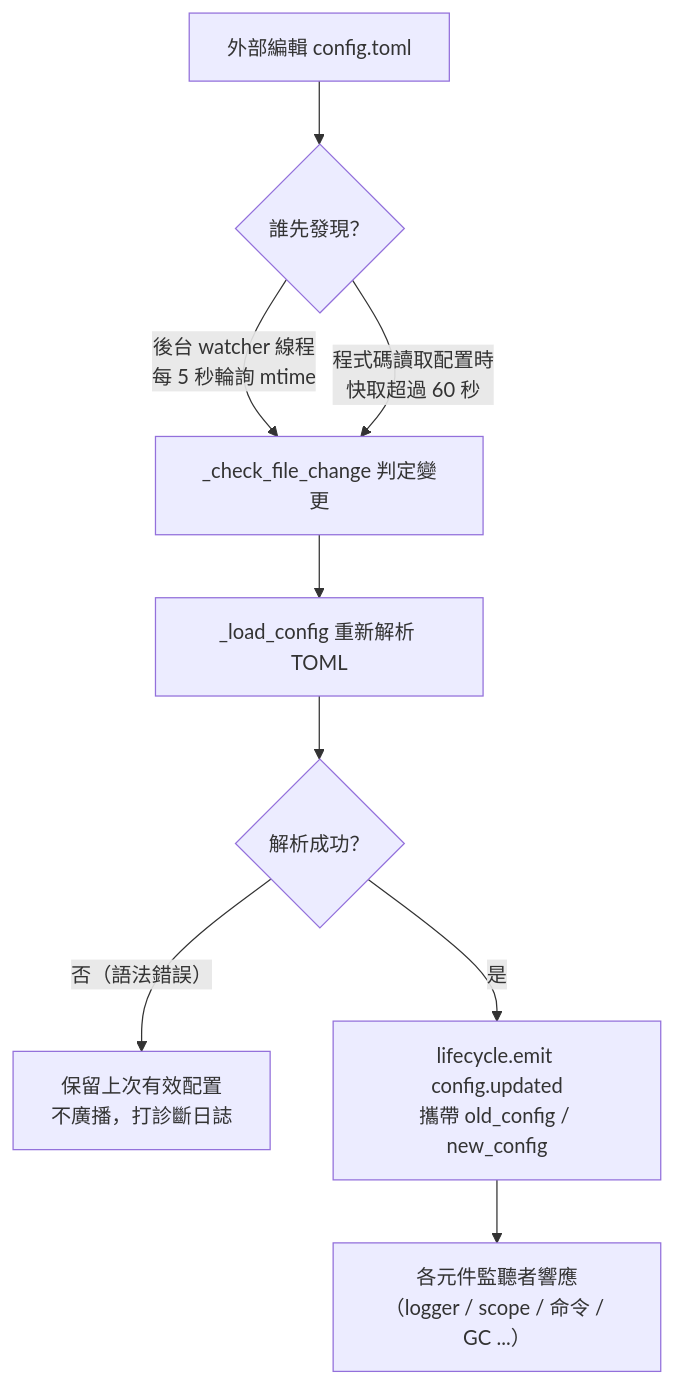
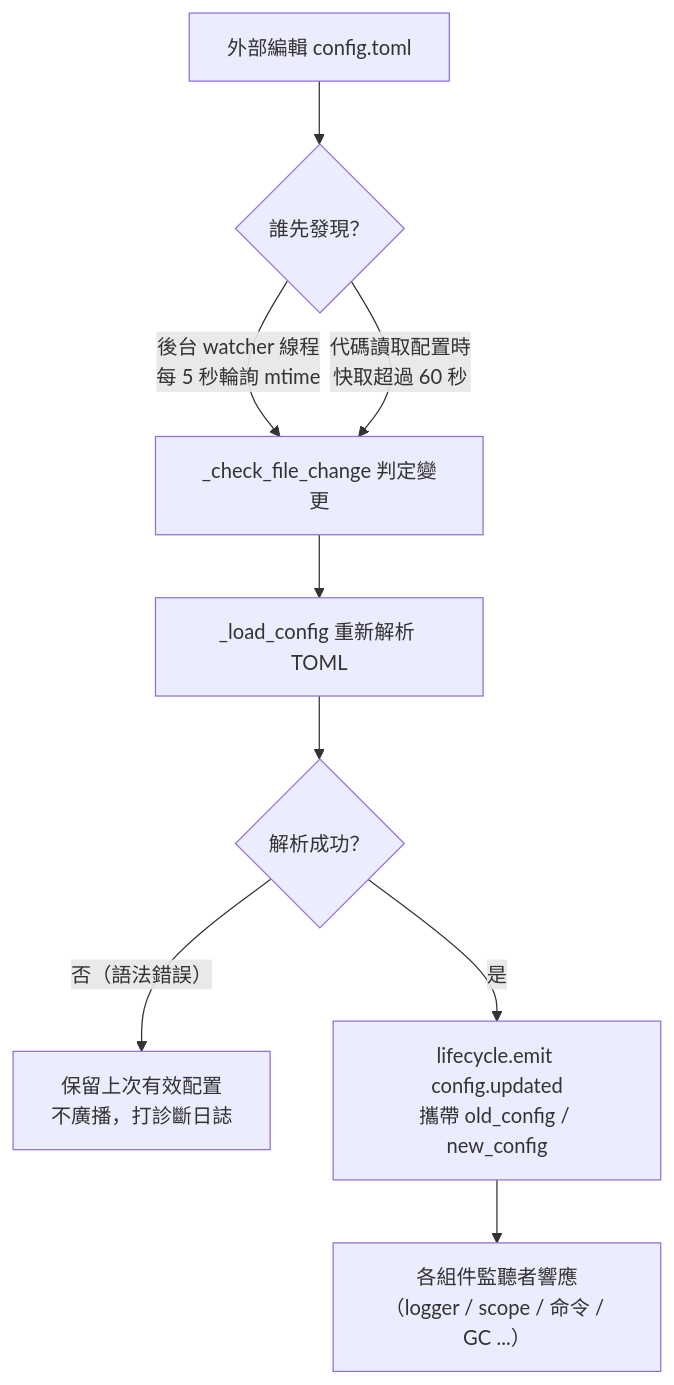
The diagram in docs/zh-TW/user-guide/configuration.md (ErisPulse/ErisPulse), drawn with Mermaid before and after one commit. The commit also changed other lines of this file and 23 other files, not shown here.

````diff
--- a/docs/zh-TW/user-guide/configuration.md
+++ b/docs/zh-TW/user-guide/configuration.md
@@ -152,11 +152,11 @@
 ```mermaid
 flowchart TD
     A["外部編輯 config.toml"] --> B{"誰先發現？"}
     B -->|"後台 watcher 線程<br/>每 5 秒輪詢 mtime"| C["_check_file_change 判定變更"]
-    B -->|"程式碼讀取配置時<br/>快取超過 60 秒"| C
+    B -->|"代碼讀取配置時<br/>快取超過 60 秒"| C
     C --> D["_load_config 重新解析 TOML"]
     D --> E{"解析成功？"}
     E -->|"否（語法錯誤）"| F["保留上次有效配置<br/>不廣播，打診斷日誌"]
     E -->|"是"| G["lifecycle.emit config.updated<br/>攜帶 old_config / new_config"]
-    G --> H["各元件監聽者響應<br/>（logger / scope / 命令 / GC ...）"]
+    G --> H["各組件監聽者響應<br/>（logger / scope / 命令 / GC ...）"]
 ```
````
